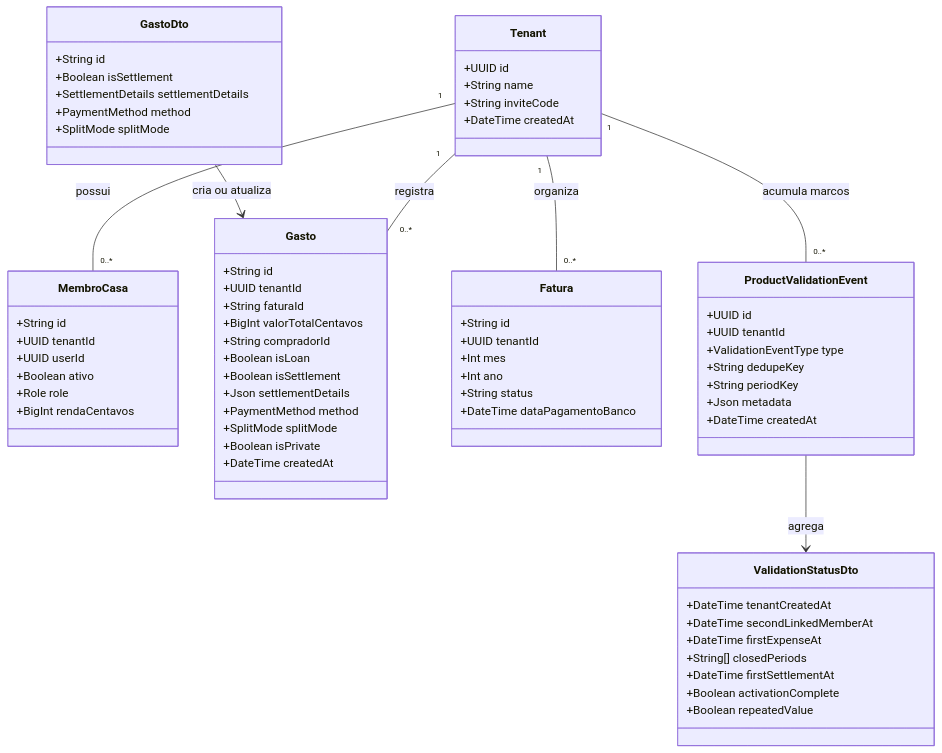
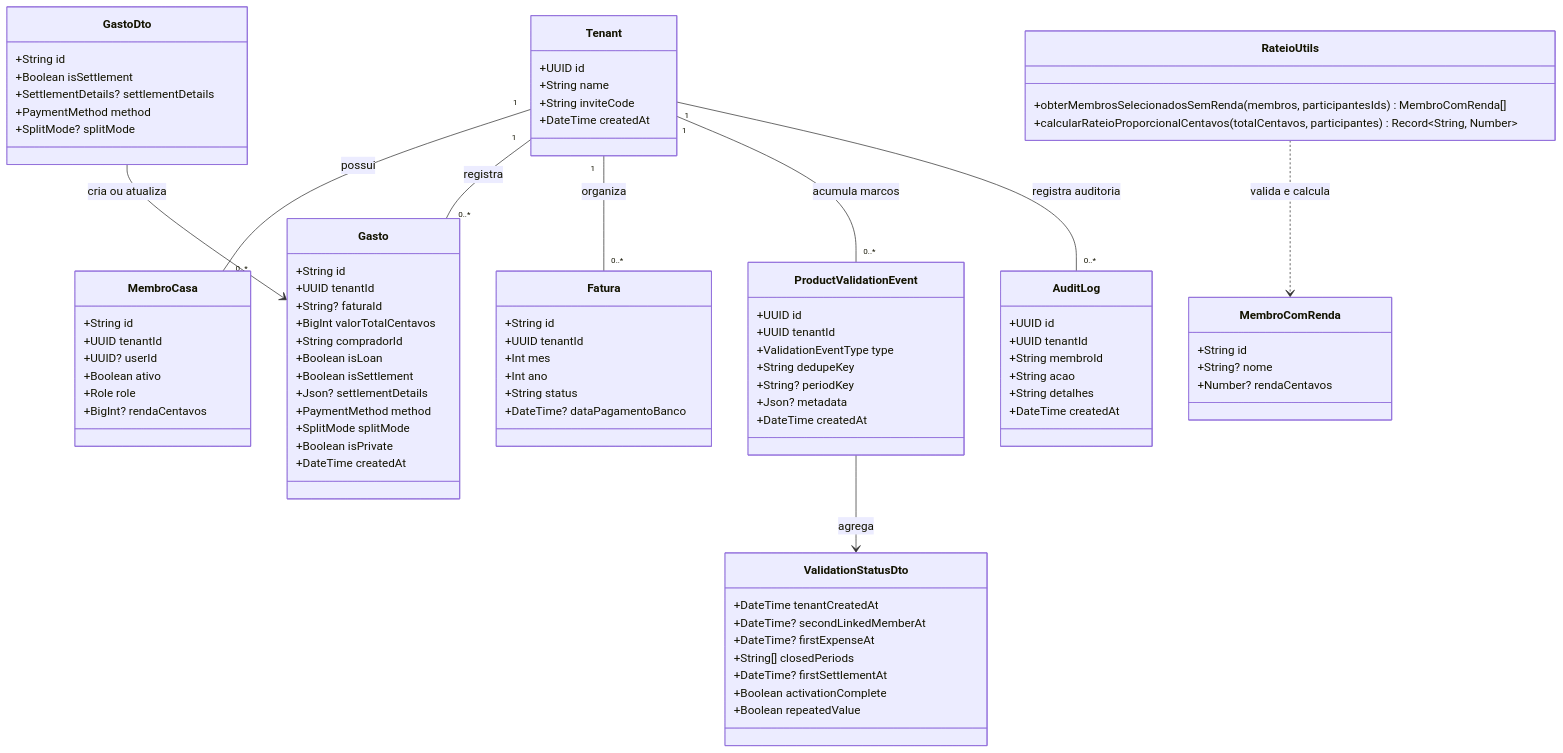
One commit to luansilvadb/financeiro-divi changed the diagram in spdd/prompt/GGQPA-XXX-202606112222-[Feat]-db-service-validacao-modelo-negocio.md. Above: the diagram before and after it, drawn with Mermaid. The commit also changed other lines of this file and 6 other files, not shown here.

````diff
--- a/spdd/prompt/GGQPA-XXX-202606112222-[Feat]-db-service-validacao-modelo-negocio.md
+++ b/spdd/prompt/GGQPA-XXX-202606112222-[Feat]-db-service-validacao-modelo-negocio.md
@@ -29,21 +29,21 @@
 class MembroCasa {
   +String id
   +UUID tenantId
-  +UUID userId
+  +UUID? userId
   +Boolean ativo
   +Role role
-  +BigInt rendaCentavos
+  +BigInt? rendaCentavos
 }
 
 class Gasto {
   +String id
   +UUID tenantId
-  +String faturaId
+  +String? faturaId
   +BigInt valorTotalCentavos
   +String compradorId
   +Boolean isLoan
   +Boolean isSettlement
-  +Json settlementDetails
+  +Json? settlementDetails
   +PaymentMethod method
   +SplitMode splitMode
   +Boolean isPrivate
@@ -56,7 +56,7 @@
   +Int mes
   +Int ano
   +String status
-  +DateTime dataPagamentoBanco
+  +DateTime? dataPagamentoBanco
 }
 
 class ProductValidationEvent {
@@ -64,33 +64,55 @@
   +UUID tenantId
   +ValidationEventType type
   +String dedupeKey
-  +String periodKey
-  +Json metadata
+  +String? periodKey
+  +Json? metadata
+  +DateTime createdAt
+}
+
+class AuditLog {
+  +UUID id
+  +UUID tenantId
+  +String membroId
+  +String acao
+  +String detalhes
   +DateTime createdAt
 }
 
 class GastoDto {
   +String id
   +Boolean isSettlement
-  +SettlementDetails settlementDetails
+  +SettlementDetails? settlementDetails
   +PaymentMethod method
-  +SplitMode splitMode
+  +SplitMode? splitMode
 }
 
 class ValidationStatusDto {
   +DateTime tenantCreatedAt
-  +DateTime secondLinkedMemberAt
-  +DateTime firstExpenseAt
+  +DateTime? secondLinkedMemberAt
+  +DateTime? firstExpenseAt
   +String[] closedPeriods
-  +DateTime firstSettlementAt
+  +DateTime? firstSettlementAt
   +Boolean activationComplete
   +Boolean repeatedValue
+}
+
+class MembroComRenda {
+  +String id
+  +String? nome
+  +Number? rendaCentavos
+}
+
+class RateioUtils {
+  +obterMembrosSelecionadosSemRenda(membros, participantesIds) MembroComRenda[]
+  +calcularRateioProporcionalCentavos(totalCentavos, participantes) Record~String, Number~
 }
 
 Tenant "1" -- "0..*" MembroCasa : possui
 Tenant "1" -- "0..*" Gasto : registra
 Tenant "1" -- "0..*" Fatura : organiza
 Tenant "1" -- "0..*" ProductValidationEvent : acumula marcos
+Tenant "1" -- "0..*" AuditLog : registra auditoria
 GastoDto --> Gasto : cria ou atualiza
 ProductValidationEvent --> ValidationStatusDto : agrega
+RateioUtils ..> MembroComRenda : valida e calcula
 ```
````
